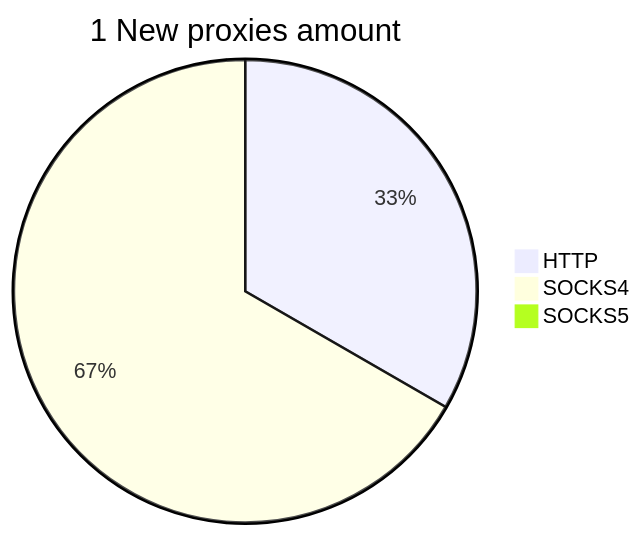
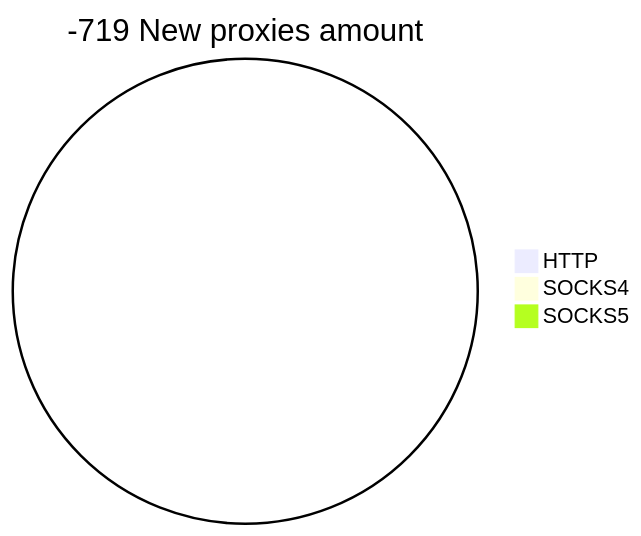
One commit to cutipu/proxylist changed the second of 2 diagrams in README.md. Above: the diagram before and after it, drawn with Mermaid. The commit also changed other lines of this file, not shown here.

````diff
--- a/README.md
+++ b/README.md
@@ -10,6 +10,6 @@
 ```mermaid
-pie title 1 New proxies amount
-    "HTTP" : 1
-    "SOCKS4" : 2
+pie title -719 New proxies amount
+    "HTTP" : 0
+    "SOCKS4" : 0
     "SOCKS5" : 0
 ```
````
